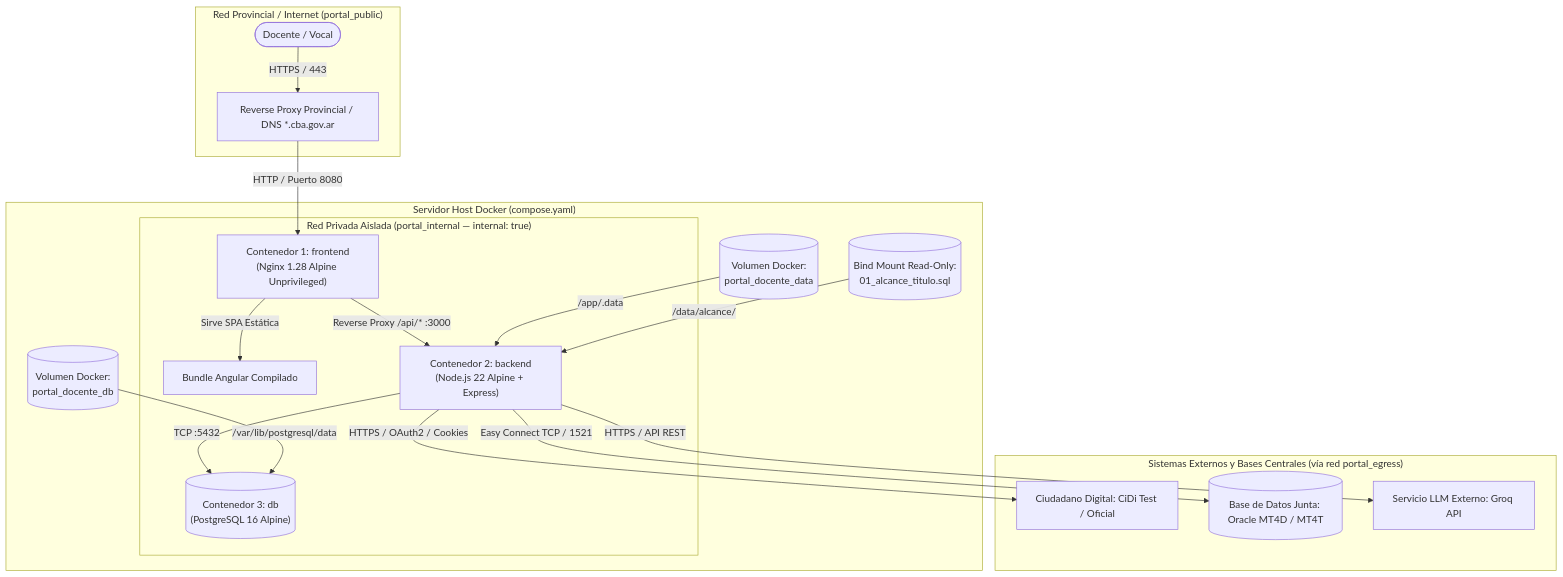
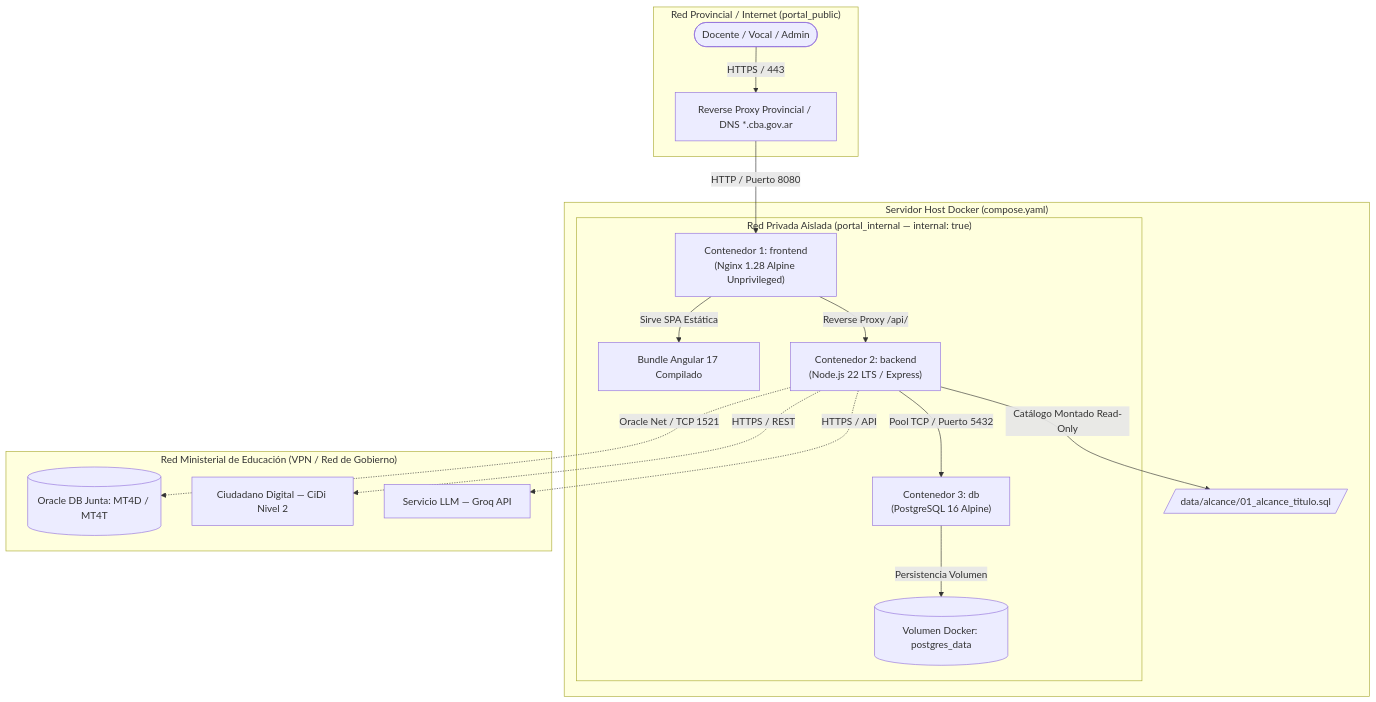
The third of 4 diagrams in Instancia 5 - Fin de Proyecto - G24.md (nicoSteffolani-UTN/GID-DOCUMENTACION), drawn with Mermaid before and after one commit. The commit also changed other lines of this file and 39 other files, not shown here.

````diff
--- a/Instancia 5 - Fin de Proyecto - G24.md
+++ b/Instancia 5 - Fin de Proyecto - G24.md
@@ -564,26 +491,26 @@
 ```mermaid
 graph TD
     subgraph red_publica ["Red Provincial / Internet (portal_public)"]
-        Usuario([Docente / Vocal]) -->|HTTPS / 443| LB[Reverse Proxy Provincial / DNS *.cba.gov.ar]
+        Usuario([Docente / Vocal / Admin]) -->|HTTPS / 443| LB[Reverse Proxy Provincial / DNS *.cba.gov.ar]
     end
 
     subgraph servidor_gobierno ["Servidor Host Docker (compose.yaml)"]
         LB -->|HTTP / Puerto 8080| NGINX["Contenedor 1: frontend<br/>(Nginx 1.28 Alpine Unprivileged)"]
         
         subgraph red_interna ["Red Privada Aislada (portal_internal — internal: true)"]
-            NGINX -->|Sirve SPA Estática| SPA[Bundle Angular Compilado]
-            NGINX -->|Reverse Proxy /api/* :3000| API["Contenedor 2: backend<br/>(Node.js 22 Alpine + Express)"]
-            API -->|TCP :5432| DB[("Contenedor 3: db<br/>(PostgreSQL 16 Alpine)")]
+            NGINX -->|Sirve SPA Estática| SPA[Bundle Angular 17 Compilado]
+            NGINX -->|Reverse Proxy /api/| NODE["Contenedor 2: backend<br/>(Node.js 22 LTS / Express)"]
+            
+            NODE -->|Pool TCP / Puerto 5432| PG["Contenedor 3: db<br/>(PostgreSQL 16 Alpine)"]
+            PG -->|Persistencia Volumen| VOL[(Volumen Docker: postgres_data)]
         end
-
-        VOL_DB[("Volumen Docker:<br/>portal_docente_db")] -->|/var/lib/postgresql/data| DB
-        VOL_DATA[("Volumen Docker:<br/>portal_docente_data")] -->|/app/.data| API
-        BIND_SQL[("Bind Mount Read-Only:<br/>01_alcance_titulo.sql")] -->|/data/alcance/| API
+        
+        NODE -->|Catálogo Montado Read-Only| DUMP[/data/alcance/01_alcance_titulo.sql/]
     end
 
-    subgraph infraestructura_provincial ["Sistemas Externos y Bases Centrales (vía red portal_egress)"]
-        API -->|HTTPS / OAuth2 / Cookies| CIDI[Ciudadano Digital: CiDi Test / Oficial]
-        API -->|Easy Connect TCP / 1521| ORACLE[(Base de Datos Junta: Oracle MT4D / MT4T)]
-        API -->|HTTPS / API REST| GROQ[Servicio LLM Externo: Groq API]
+    subgraph red_ministerio ["Red Ministerial de Educación (VPN / Red de Gobierno)"]
+        NODE -.->|Oracle Net / TCP 1521| ORA[(Oracle DB Junta: MT4D / MT4T)]
+        NODE -.->|HTTPS / REST| CIDI[Ciudadano Digital — CiDi Nivel 2]
+        NODE -.->|HTTPS / API| GROQ[Servicio LLM — Groq API]
     end
 ```
````
